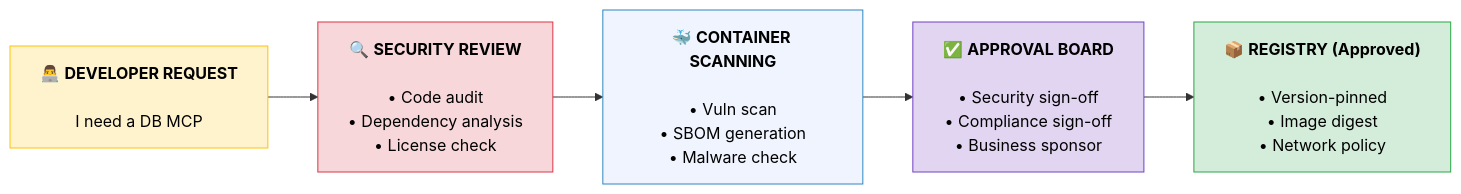
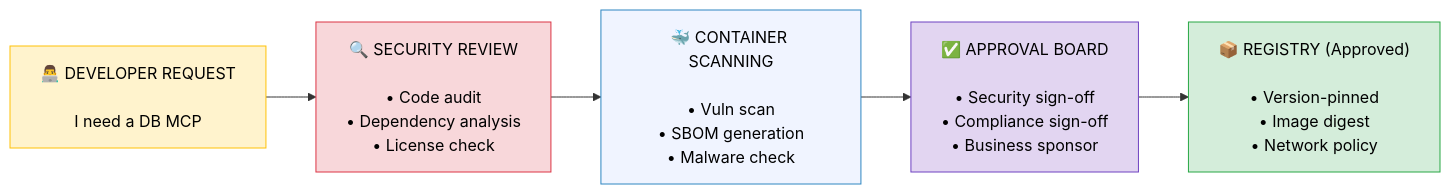
One commit to ithinktavo/GenAI-Engineering-Handbook changed the fourth of 5 diagrams in docs/11-mcp-security.md. Above: the diagram before and after it, drawn with Mermaid. The commit also changed other lines of this file and 5 other files, not shown here.

First line of the commit message:
Fix Mermaid diagrams: remove HTML tags that break GitHub rendering

````diff
--- a/docs/11-mcp-security.md
+++ b/docs/11-mcp-security.md
@@ -214,13 +214,13 @@
 ```mermaid
 graph LR
-    DEV["👨‍💻 <b>DEVELOPER REQUEST</b><br/><br/>I need a DB MCP"] --> SEC["🔍 <b>SECURITY REVIEW</b><br/><br/>• Code audit<br/>• Dependency analysis<br/>• License check"]
-    SEC --> SCAN["🐳 <b>CONTAINER SCANNING</b><br/><br/>• Vuln scan<br/>• SBOM generation<br/>• Malware check"]
-    SCAN --> BOARD["✅ <b>APPROVAL BOARD</b><br/><br/>• Security sign-off<br/>• Compliance sign-off<br/>• Business sponsor"]
-    BOARD --> REG["📦 <b>REGISTRY (Approved)</b><br/><br/>• Version-pinned<br/>• Image digest<br/>• Network policy"]
+    DEV["👨‍💻 DEVELOPER REQUEST\n\nI need a DB MCP"] --> SEC["🔍 SECURITY REVIEW\n\n• Code audit\n• Dependency analysis\n• License check"]
+    SEC --> SCAN["🐳 CONTAINER SCANNING\n\n• Vuln scan\n• SBOM generation\n• Malware check"]
+    SCAN --> BOARD["✅ APPROVAL BOARD\n\n• Security sign-off\n• Compliance sign-off\n• Business sponsor"]
+    BOARD --> REG["📦 REGISTRY (Approved)\n\n• Version-pinned\n• Image digest\n• Network policy"]
 
     style DEV fill:#fff3cd,stroke:#ffc107,color:#000
     style SEC fill:#f8d7da,stroke:#dc3545,color:#000
     style SCAN fill:#f0f4ff,stroke:#2E86C1,color:#000
     style BOARD fill:#e2d5f1,stroke:#6f42c1,color:#000
     style REG fill:#d4edda,stroke:#28a745,color:#000
 ```
````
